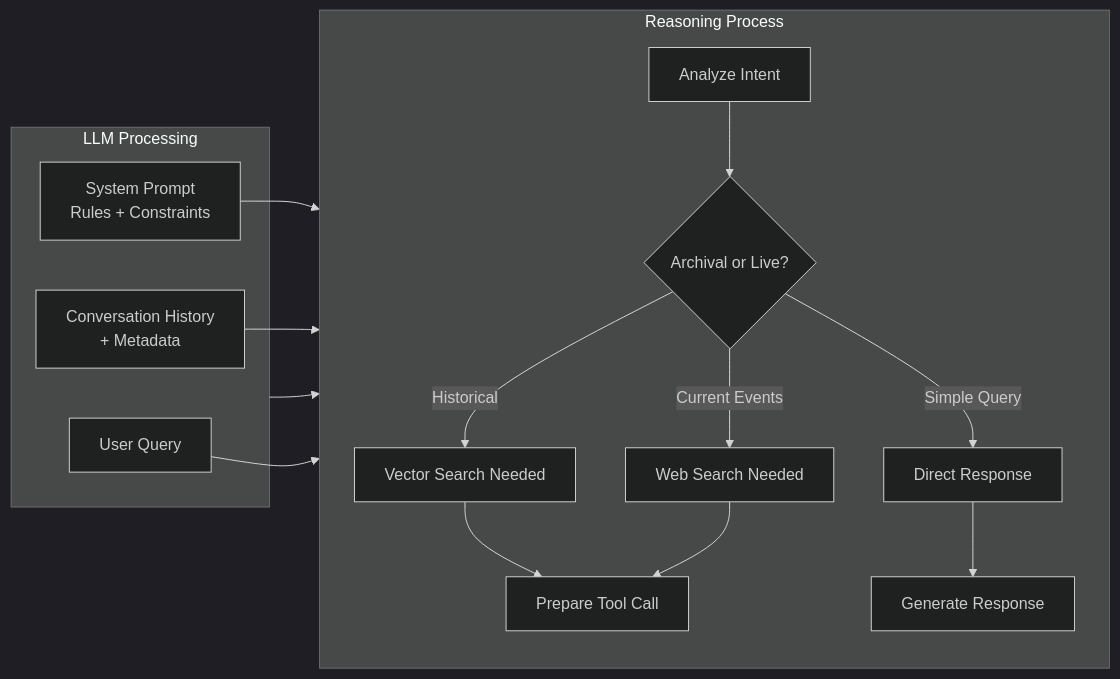
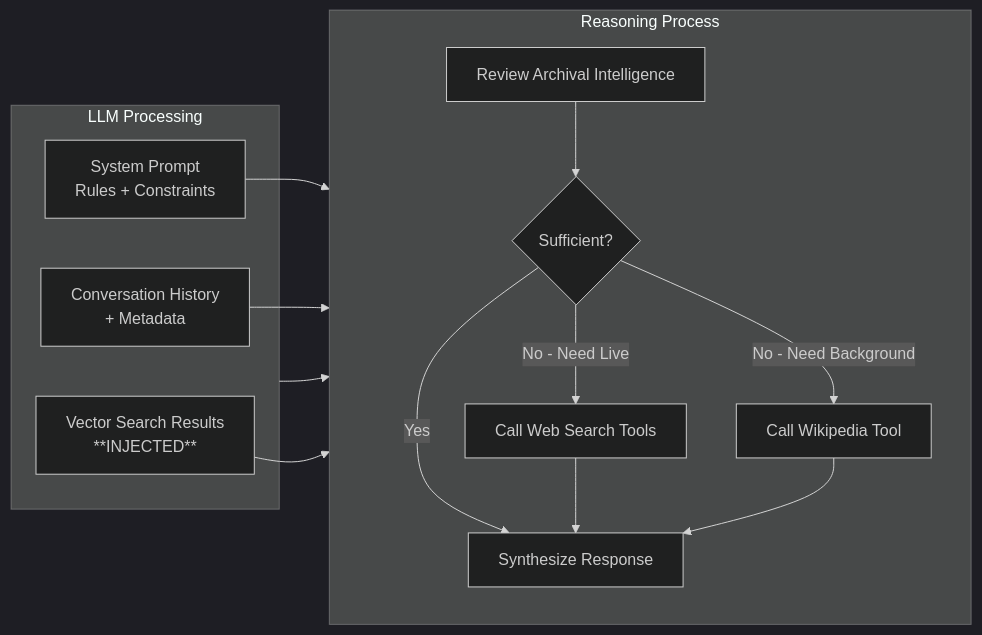
The third of 7 diagrams in docs/agent_workflow.md (fbaierl/geo-vision-lab), drawn with Mermaid before and after one commit. The commit also changed other lines of this file and 6 other files, not shown here.

Commit message:
vector search first; not tested

````diff
--- a/docs/agent_workflow.md
+++ b/docs/agent_workflow.md
@@ -108,25 +139,24 @@
 ```mermaid
 %%{init: {'theme': 'dark'}}%%
 flowchart LR
     subgraph LLM["LLM Processing"]
         SYS[System Prompt<br/>Rules + Constraints]
         CTX[Conversation History<br/>+ Metadata]
-        Q[User Query]
+        VEC[Vector Search Results<br/>**INJECTED**]
     end
 
     LLM --> REASON["Reasoning Process"]
 
     subgraph REASON["Reasoning Process"]
-        A[Analyze Intent] --> B{Archival or Live?}
-        B -->|Historical| C[Vector Search Needed]
-        B -->|Current Events| D[Web Search Needed]
-        B -->|Simple Query| E[Direct Response]
-        C --> F[Prepare Tool Call]
-        D --> F
-        E --> G[Generate Response]
+        A[Review Archival Intelligence] --> B{Sufficient?}
+        B -->|Yes| C[Synthesize Response]
+        B -->|No - Need Live| D[Call Web Search Tools]
+        B -->|No - Need Background| E[Call Wikipedia Tool]
+        D --> C
+        E --> C
     end
 
     SYS --> REASON
     CTX --> REASON
-    Q --> REASON
+    VEC --> REASON
 ```
````
